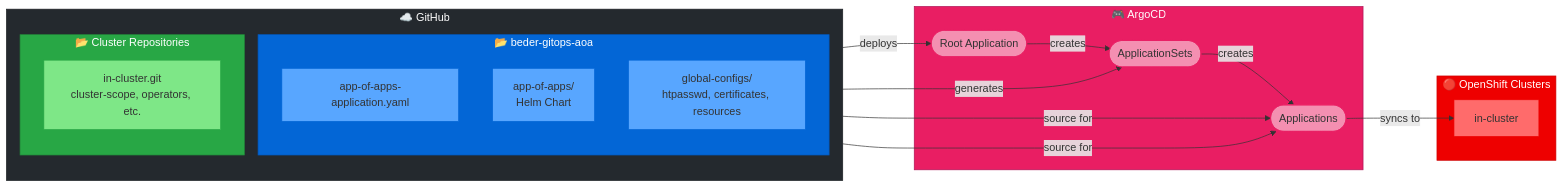
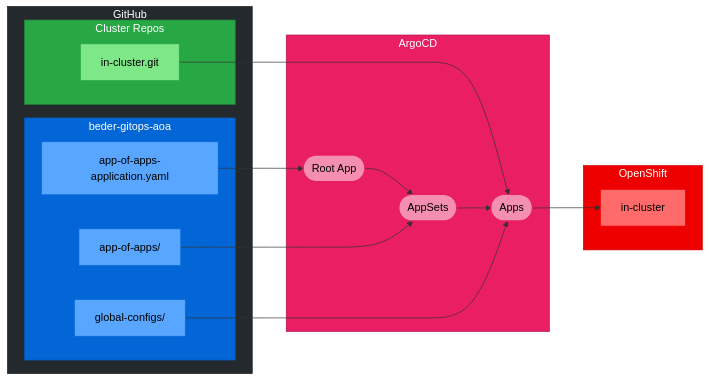
Before and after one commit to yakovbeder/beder-gitops-aoa: the third of 3 diagrams in argocd-diagram.md, drawn with Mermaid. The commit also changed other lines of this file, not shown here.

Commit message:
Fix diagram readability: remove overlapping text and improve flow diagram clarity

````diff
--- a/argocd-diagram.md
+++ b/argocd-diagram.md
@@ -119,51 +112,50 @@
 ```mermaid
 flowchart LR
-    subgraph github[" ☁️ GitHub "]
-        direction TB
-        subgraph aoa[" 📂 beder-gitops-aoa "]
+    subgraph github["GitHub"]
+        subgraph aoa["beder-gitops-aoa"]
             AOARoot[app-of-apps-application.yaml]
-            HelmChart[app-of-apps/<br/>Helm Chart]
-            GlobalConfigs[global-configs/<br/>htpasswd, certificates, resources]
+            HelmChart[app-of-apps/]
+            GlobalConfigs[global-configs/]
         end
         
-        subgraph clusterRepos[" 📂 Cluster Repositories "]
-            InClusterRepo[in-cluster.git<br/>cluster-scope, operators, etc.]
+        subgraph repos["Cluster Repos"]
+            InClusterRepo[in-cluster.git]
         end
     end
 
-    subgraph argocd[" 🎮 ArgoCD "]
-        RootApp([Root Application])
-        AppSets([ApplicationSets])
-        Apps([Applications])
+    subgraph argocd["ArgoCD"]
+        RootApp([Root App])
+        AppSets([AppSets])
+        Apps([Apps])
     end
 
-    subgraph ocp[" 🔴 OpenShift Clusters "]
+    subgraph ocp["OpenShift"]
         InClusterOCP[in-cluster]
     end
 
-    AOARoot -->|deploys| RootApp
-    HelmChart -->|generates| AppSets
-    GlobalConfigs -->|source for| Apps
-    InClusterRepo -->|source for| Apps
+    AOARoot --> RootApp
+    HelmChart --> AppSets
+    GlobalConfigs --> Apps
+    InClusterRepo --> Apps
     
-    RootApp -->|creates| AppSets
-    AppSets -->|creates| Apps
-    Apps -->|syncs to| InClusterOCP
+    RootApp --> AppSets
+    AppSets --> Apps
+    Apps --> InClusterOCP
 
     style github fill:#24292e,stroke:#1b1f23,color:#fff
     style aoa fill:#0366d6,stroke:#0256b9,color:#fff
-    style clusterRepos fill:#28a745,stroke:#22863a,color:#fff
+    style repos fill:#28a745,stroke:#22863a,color:#fff
     style argocd fill:#e91e63,stroke:#ad1457,color:#fff
     style ocp fill:#ee0000,stroke:#cc0000,color:#fff
     
-    style AOARoot fill:#58a6ff,stroke:#0366d6
-    style HelmChart fill:#58a6ff,stroke:#0366d6
-    style GlobalConfigs fill:#58a6ff,stroke:#0366d6
-    style InClusterRepo fill:#7ee787,stroke:#28a745
+    style AOARoot fill:#58a6ff,stroke:#0366d6,color:#000
+    style HelmChart fill:#58a6ff,stroke:#0366d6,color:#000
+    style GlobalConfigs fill:#58a6ff,stroke:#0366d6,color:#000
+    style InClusterRepo fill:#7ee787,stroke:#28a745,color:#000
     
-    style RootApp fill:#f48fb1,stroke:#e91e63
-    style AppSets fill:#f48fb1,stroke:#e91e63
-    style Apps fill:#f48fb1,stroke:#e91e63
+    style RootApp fill:#f48fb1,stroke:#e91e63,color:#000
+    style AppSets fill:#f48fb1,stroke:#e91e63,color:#000
+    style Apps fill:#f48fb1,stroke:#e91e63,color:#000
     
-    style InClusterOCP fill:#ff6b6b,stroke:#ee0000
+    style InClusterOCP fill:#ff6b6b,stroke:#ee0000,color:#000
 ```
````
